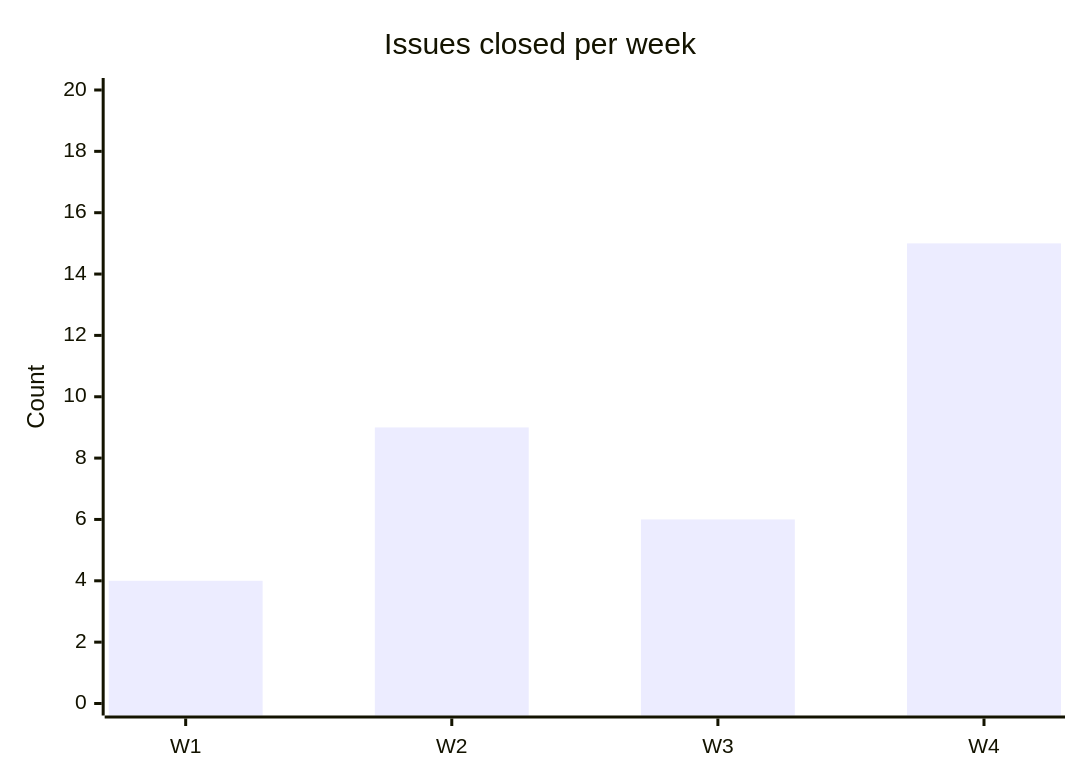
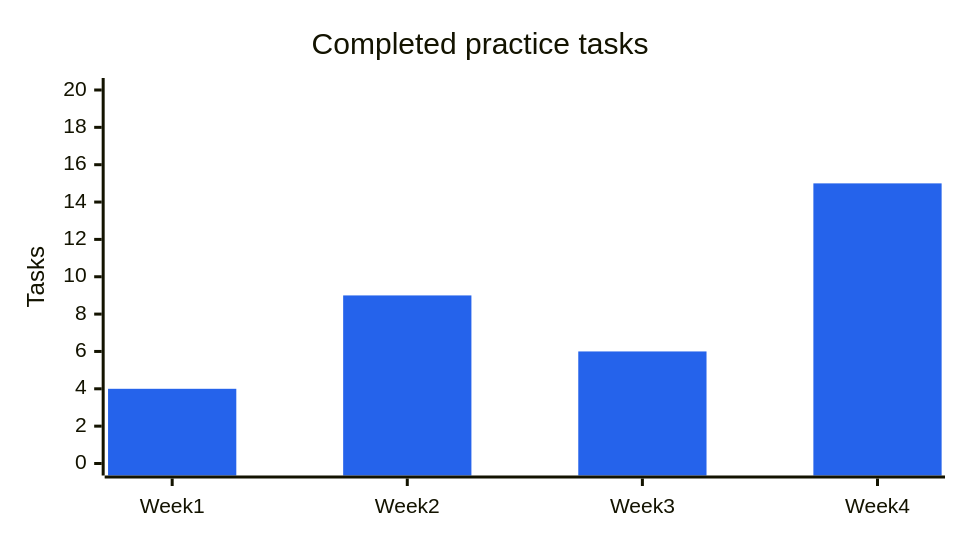
Diagram 16 of 23 in education/examples/mermaid-diagram-types-showcase.md (JeanKadang/DOC-GitHub-Practice-Skills), drawn with Mermaid before and after one commit. The commit also changed other lines of this file, not shown here.

Commit message:
docs: improve Mermaid showcase visuals

````diff
--- a/education/examples/mermaid-diagram-types-showcase.md
+++ b/education/examples/mermaid-diagram-types-showcase.md
@@ -263,7 +588,24 @@
 ```mermaid
+---
+config:
+  theme: "base"
+  xyChart:
+    width: 620
+    height: 340
+  themeVariables:
+    primaryColor: "#dbeafe"
+    primaryTextColor: "#172554"
+    primaryBorderColor: "#3b82f6"
+    secondaryColor: "#ccfbf1"
+    tertiaryColor: "#fef3c7"
+    lineColor: "#64748b"
+    fontFamily: "Segoe UI, Arial, sans-serif"
+    xyChart:
+      plotColorPalette: "#2563eb,#0d9488"
+---
 xychart-beta
-    title "Issues closed per week"
-    x-axis [W1, W2, W3, W4]
-    y-axis "Count" 0 --> 20
+    title "Completed practice tasks"
+    x-axis [Week 1, Week 2, Week 3, Week 4]
+    y-axis "Tasks" 0 --> 20
     bar [4, 9, 6, 15]
 ```
````
